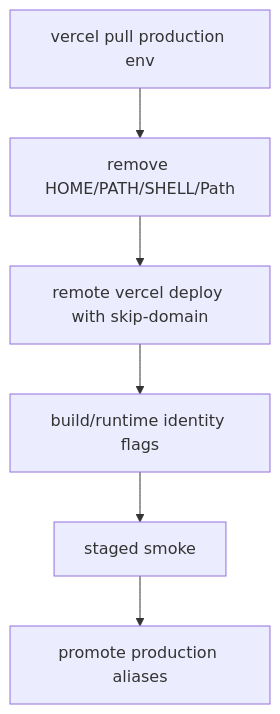
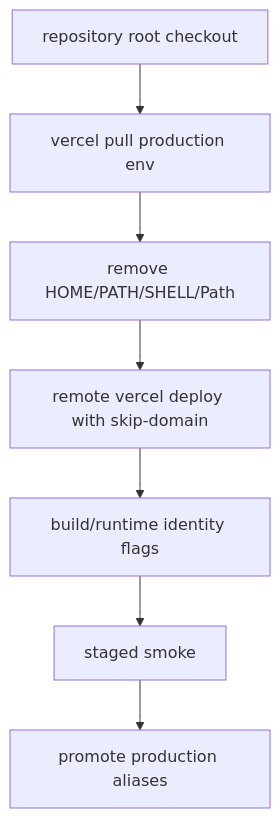
The diagram in updates/README_VERCEL_PRODUCTION_BUILD_SHELL_ENV_FIX.md (ramideltoro/nutsnews-docs), drawn with Mermaid before and after one commit. The commit also changed other lines of this file, not shown here.

Commit message:
docs: record Vercel production root staging fix

````diff
--- a/updates/README_VERCEL_PRODUCTION_BUILD_SHELL_ENV_FIX.md
+++ b/updates/README_VERCEL_PRODUCTION_BUILD_SHELL_ENV_FIX.md
@@ -76,8 +85,9 @@
 ```mermaid
 flowchart TD
-  pull["vercel pull production env"] --> strip["remove HOME/PATH/SHELL/Path"]
+  root["repository root checkout"] --> pull["vercel pull production env"]
+  pull --> strip["remove HOME/PATH/SHELL/Path"]
   strip --> staged["remote vercel deploy with skip-domain"]
   staged --> identity["build/runtime identity flags"]
   identity --> smoke["staged smoke"]
   smoke --> promote["promote production aliases"]
 ```
````
